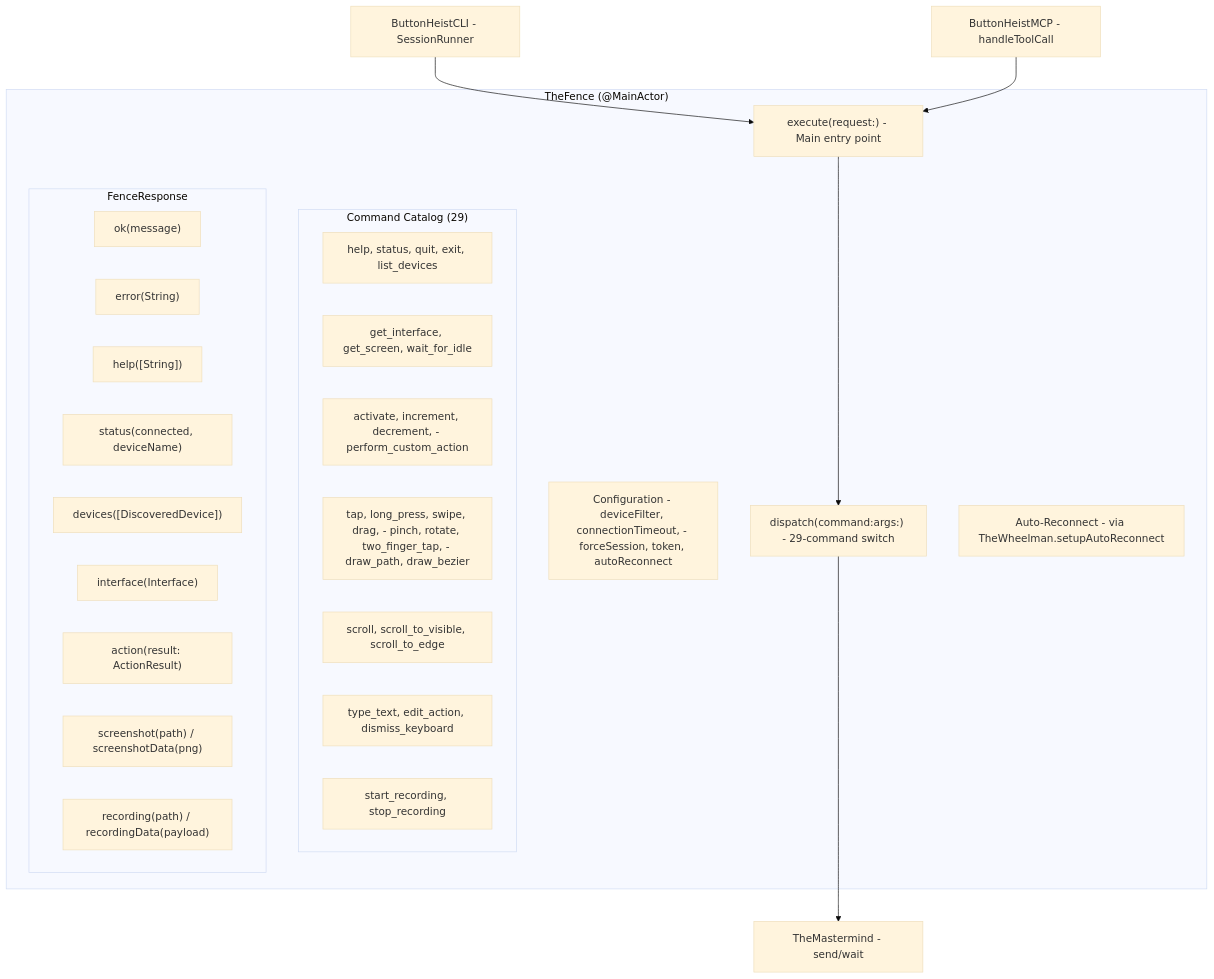
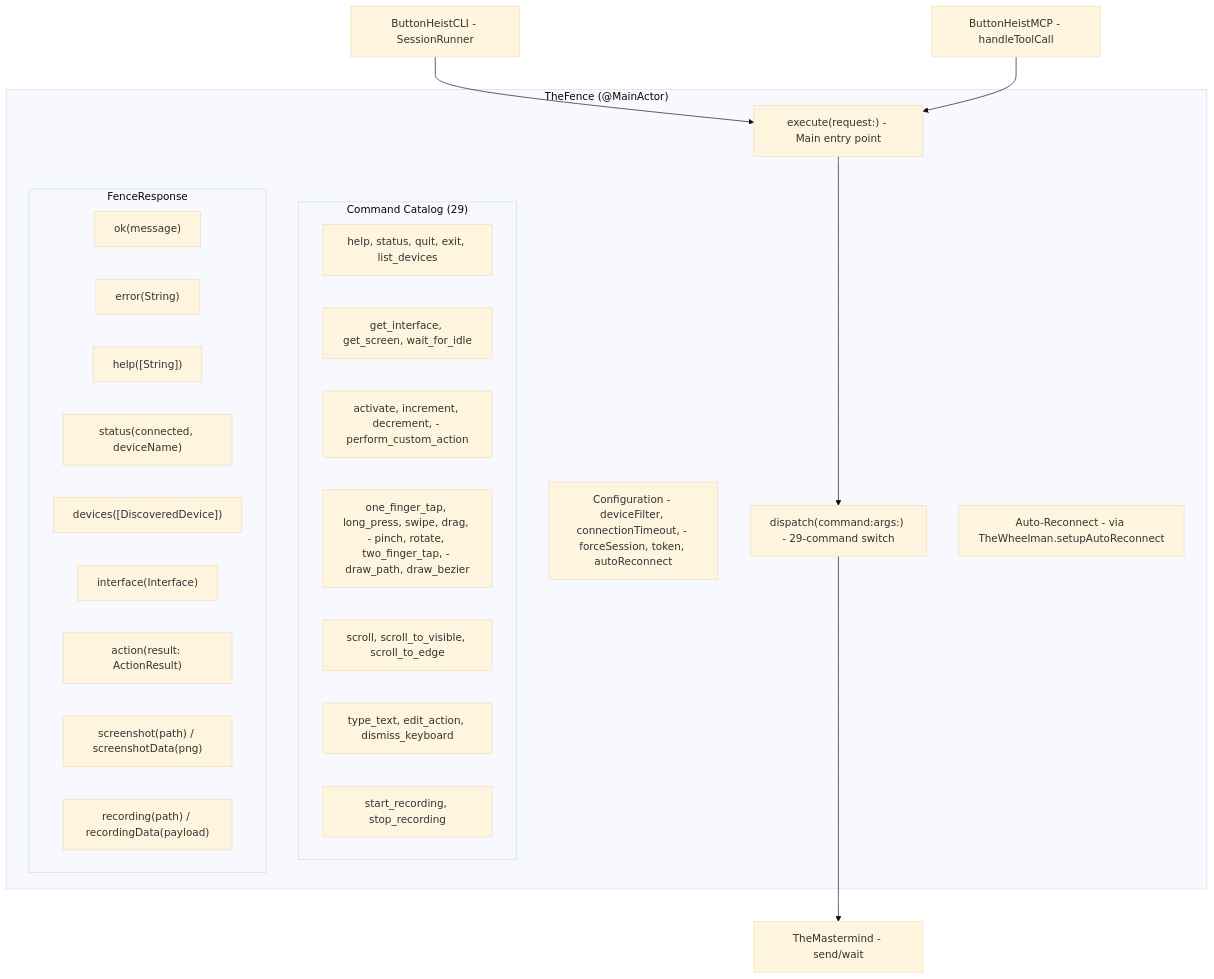
Before and after one commit to RoyalPineapple/TheButtonHeist: the first of 3 diagrams in docs/dossiers/10-THEFENCE.md, drawn with Mermaid (base theme). The commit also changed other lines of this file and 5 other files, not shown here.

First line of the commit message:
Fix stale test assertion and update docs for tap→one_finger_tap rename and scroll tools

````diff
--- a/docs/dossiers/10-THEFENCE.md
+++ b/docs/dossiers/10-THEFENCE.md
@@ -20,36 +20,36 @@
 ```mermaid
 graph TD
     subgraph TheFence["TheFence (@MainActor)"]
         Config["Configuration - deviceFilter, connectionTimeout, - forceSession, token, autoReconnect"]
         Execute["execute(request:) - Main entry point"]
         Dispatch["dispatch(command:args:) - 29-command switch"]
         Reconnect["Auto-Reconnect - via TheWheelman.setupAutoReconnect"]
 
         subgraph Commands["Command Catalog (29)"]
             Conn["help, status, quit, exit, list_devices"]
             IF["get_interface, get_screen, wait_for_idle"]
             Access["activate, increment, decrement, - perform_custom_action"]
-            Gesture["tap, long_press, swipe, drag, - pinch, rotate, two_finger_tap, - draw_path, draw_bezier"]
+            Gesture["one_finger_tap, long_press, swipe, drag, - pinch, rotate, two_finger_tap, - draw_path, draw_bezier"]
             Scroll["scroll, scroll_to_visible, scroll_to_edge"]
             Text["type_text, edit_action, dismiss_keyboard"]
             Rec["start_recording, stop_recording"]
         end
 
         subgraph Response["FenceResponse"]
             Ok["ok(message)"]
             Err["error(String)"]
             Help["help([String])"]
             Status["status(connected, deviceName)"]
             DevList["devices([DiscoveredDevice])"]
             IFResp["interface(Interface)"]
             Action["action(result: ActionResult)"]
             Screenshot["screenshot(path) / screenshotData(png)"]
             Recording["recording(path) / recordingData(payload)"]
         end
     end
 
     CLI["ButtonHeistCLI - SessionRunner"] --> Execute
     MCP["ButtonHeistMCP - handleToolCall"] --> Execute
     Execute --> Dispatch
     Dispatch --> Client["TheMastermind - send/wait"]
 ```
````
